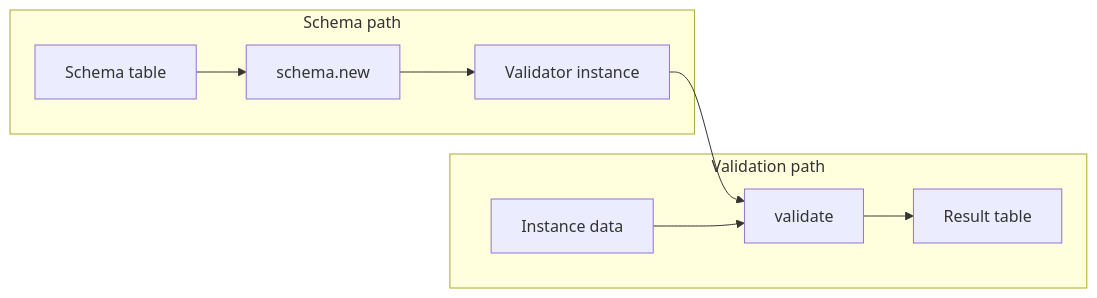
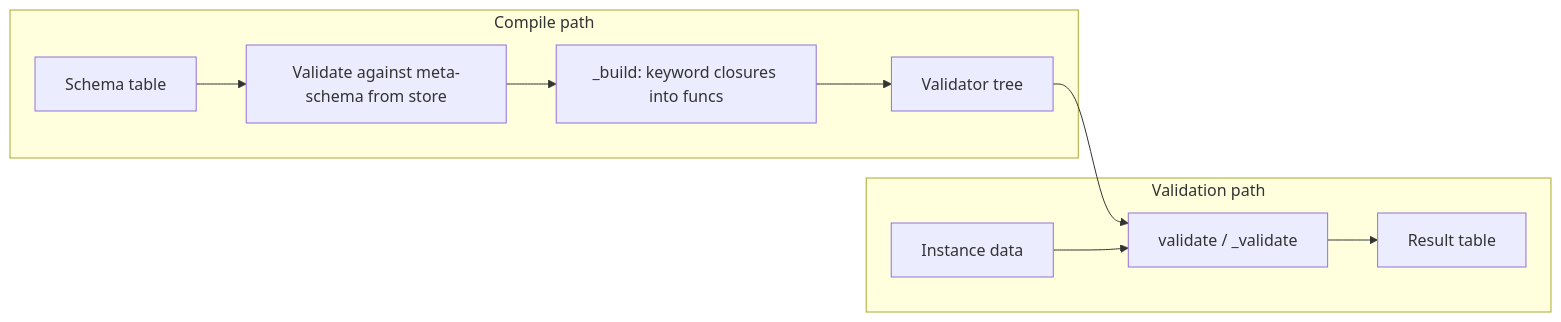
Before and after one commit to goddtriffin/json-schema-rs: the first of 2 diagrams in research/reports/lua/fperrad-lua-schema.md, drawn with Mermaid. The commit also changed other lines of this file and 51 other files, not shown here.

````diff
--- a/research/reports/lua/fperrad-lua-schema.md
+++ b/research/reports/lua/fperrad-lua-schema.md
@@ -93,18 +95,20 @@
 ```mermaid
 flowchart LR
-  subgraph schemaPath [Schema path]
-    SchemaTable[Schema table]
-    NewAPI[schema.new]
-    ValidatorObj[Validator instance]
-    SchemaTable --> NewAPI
-    NewAPI --> ValidatorObj
+  subgraph compilePath [Compile path]
+    SchemaTable["Schema table"]
+    MetaCheck["Validate against meta-schema from store"]
+    Build["_build: keyword closures into funcs"]
+    ValidatorTree["Validator tree"]
+    SchemaTable --> MetaCheck
+    MetaCheck --> Build
+    Build --> ValidatorTree
   end
-  subgraph validationPath [Validation path]
-    InstanceData[Instance data]
-    ValidateAPI[validate]
-    ResultTable[Result table]
-    ValidatorObj --> ValidateAPI
-    InstanceData --> ValidateAPI
-    ValidateAPI --> ResultTable
+  subgraph validatePath [Validation path]
+    InstanceData["Instance data"]
+    ValidateCall["validate / _validate"]
+    ResultTable["Result table"]
+    ValidatorTree --> ValidateCall
+    InstanceData --> ValidateCall
+    ValidateCall --> ResultTable
   end
 ```
````
